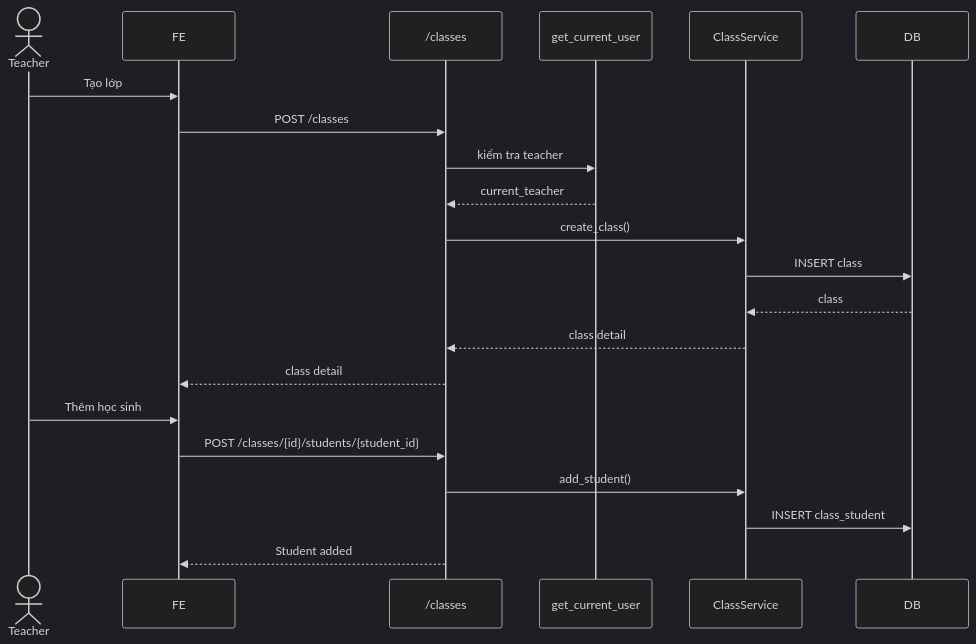
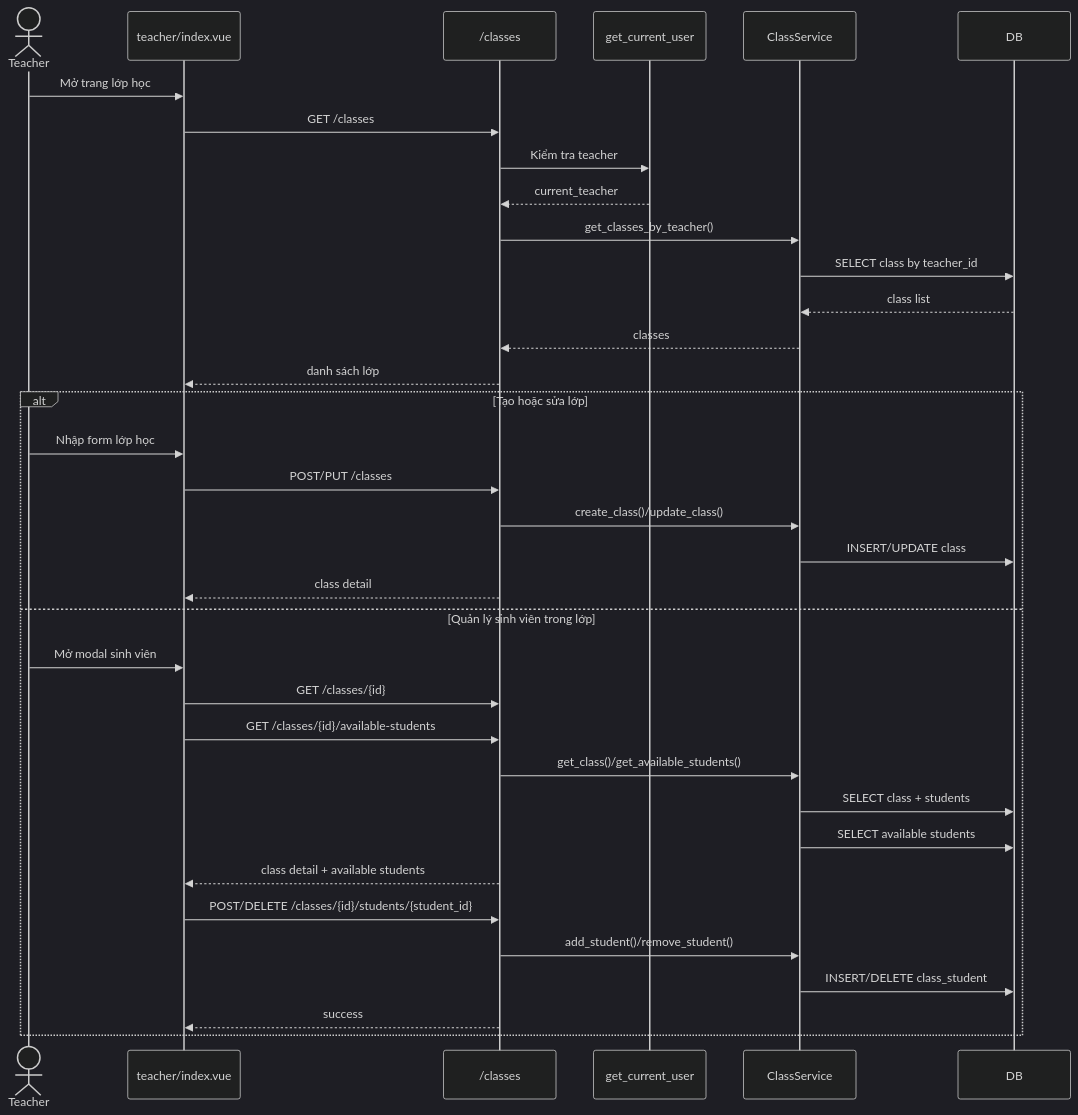
Before and after one commit to Tedomi2525/My_project: the tenth of 16 diagrams in docs/UML.md, drawn with Mermaid (dark theme). The commit also changed other lines of this file, not shown here.

````diff
--- a/docs/UML.md
+++ b/docs/UML.md
@@ -383,25 +580,39 @@
 ```mermaid
 sequenceDiagram
 actor Teacher
-participant FE
+participant TeacherClassPage as teacher/index.vue
 participant ClassAPI as /classes
 participant Dep as get_current_user
 participant ClassService
 participant DB
 
-Teacher->>FE: Tạo lớp
-FE->>ClassAPI: POST /classes
-ClassAPI->>Dep: kiểm tra teacher
+Teacher->>TeacherClassPage: Mở trang lớp học
+TeacherClassPage->>ClassAPI: GET /classes
+ClassAPI->>Dep: Kiểm tra teacher
 Dep-->>ClassAPI: current_teacher
-ClassAPI->>ClassService: create_class()
-ClassService->>DB: INSERT class
-DB-->>ClassService: class
-ClassService-->>ClassAPI: class detail
-ClassAPI-->>FE: class detail
+ClassAPI->>ClassService: get_classes_by_teacher()
+ClassService->>DB: SELECT class by teacher_id
+DB-->>ClassService: class list
+ClassService-->>ClassAPI: classes
+ClassAPI-->>TeacherClassPage: danh sách lớp
 
-Teacher->>FE: Thêm học sinh
-FE->>ClassAPI: POST /classes/{id}/students/{student_id}
-ClassAPI->>ClassService: add_student()
-ClassService->>DB: INSERT class_student
-ClassAPI-->>FE: Student added
+alt Tạo hoặc sửa lớp
+  Teacher->>TeacherClassPage: Nhập form lớp học
+  TeacherClassPage->>ClassAPI: POST/PUT /classes
+  ClassAPI->>ClassService: create_class()/update_class()
+  ClassService->>DB: INSERT/UPDATE class
+  ClassAPI-->>TeacherClassPage: class detail
+else Quản lý sinh viên trong lớp
+  Teacher->>TeacherClassPage: Mở modal sinh viên
+  TeacherClassPage->>ClassAPI: GET /classes/{id}
+  TeacherClassPage->>ClassAPI: GET /classes/{id}/available-students
+  ClassAPI->>ClassService: get_class()/get_available_students()
+  ClassService->>DB: SELECT class + students
+  ClassService->>DB: SELECT available students
+  ClassAPI-->>TeacherClassPage: class detail + available students
+  TeacherClassPage->>ClassAPI: POST/DELETE /classes/{id}/students/{student_id}
+  ClassAPI->>ClassService: add_student()/remove_student()
+  ClassService->>DB: INSERT/DELETE class_student
+  ClassAPI-->>TeacherClassPage: success
+end
 ```
````
